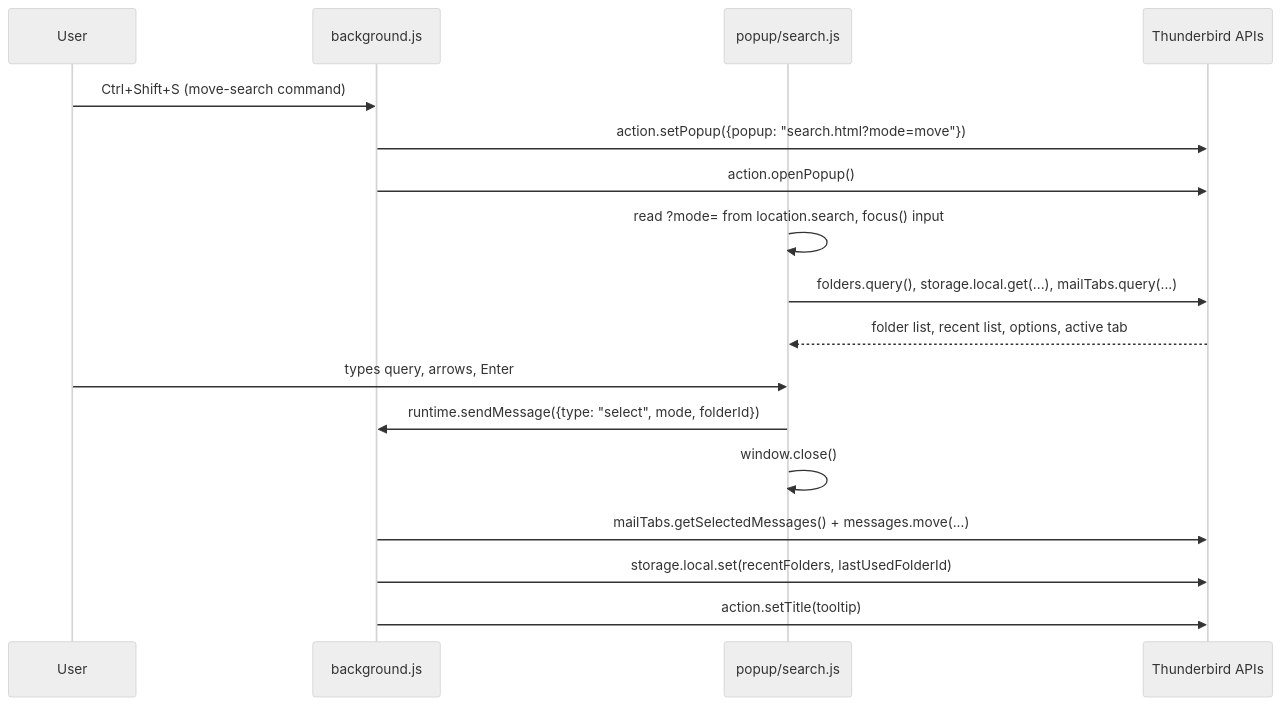
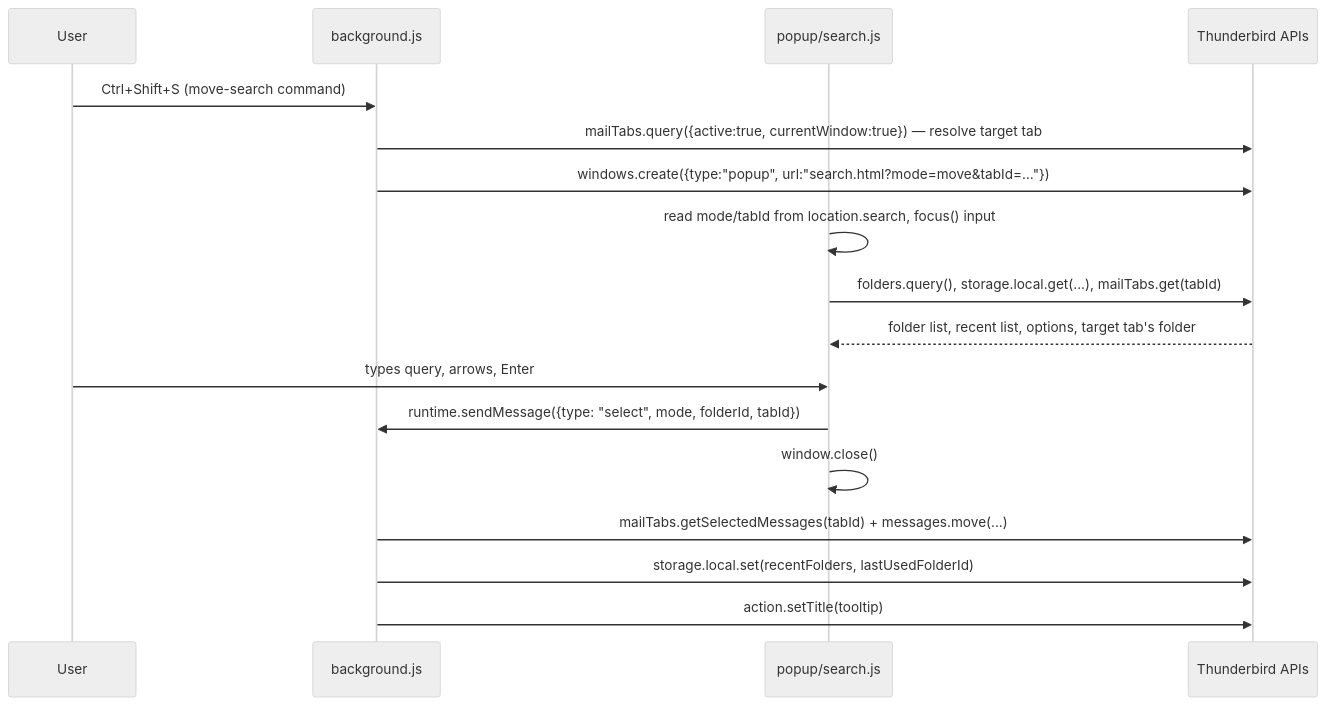
One commit to BenjaminKobjolke/move-and-jump changed the diagram in ARCHITECTURE.md. Above: the diagram before and after it, drawn with Mermaid (neutral theme). The commit also changed other lines of this file and 6 other files, not shown here.

````diff
--- a/ARCHITECTURE.md
+++ b/ARCHITECTURE.md
@@ -110,20 +116,20 @@
 ```mermaid
 sequenceDiagram
     participant User
     participant BG as background.js
     participant Popup as popup/search.js
     participant TB as Thunderbird APIs
 
     User->>BG: Ctrl+Shift+S (move-search command)
-    BG->>TB: action.setPopup({popup: "search.html?mode=move"})
-    BG->>TB: action.openPopup()
-    Popup->>Popup: read ?mode= from location.search, focus() input
-    Popup->>TB: folders.query(), storage.local.get(...), mailTabs.query(...)
-    TB-->>Popup: folder list, recent list, options, active tab
+    BG->>TB: mailTabs.query({active:true, currentWindow:true}) — resolve target tab
+    BG->>TB: windows.create({type:"popup", url:"search.html?mode=move&tabId=…"})
+    Popup->>Popup: read mode/tabId from location.search, focus() input
+    Popup->>TB: folders.query(), storage.local.get(...), mailTabs.get(tabId)
+    TB-->>Popup: folder list, recent list, options, target tab's folder
     User->>Popup: types query, arrows, Enter
-    Popup->>BG: runtime.sendMessage({type: "select", mode, folderId})
+    Popup->>BG: runtime.sendMessage({type: "select", mode, folderId, tabId})
     Popup->>Popup: window.close()
-    BG->>TB: mailTabs.getSelectedMessages() + messages.move(...)
+    BG->>TB: mailTabs.getSelectedMessages(tabId) + messages.move(...)
     BG->>TB: storage.local.set(recentFolders, lastUsedFolderId)
     BG->>TB: action.setTitle(tooltip)
 ```
````
